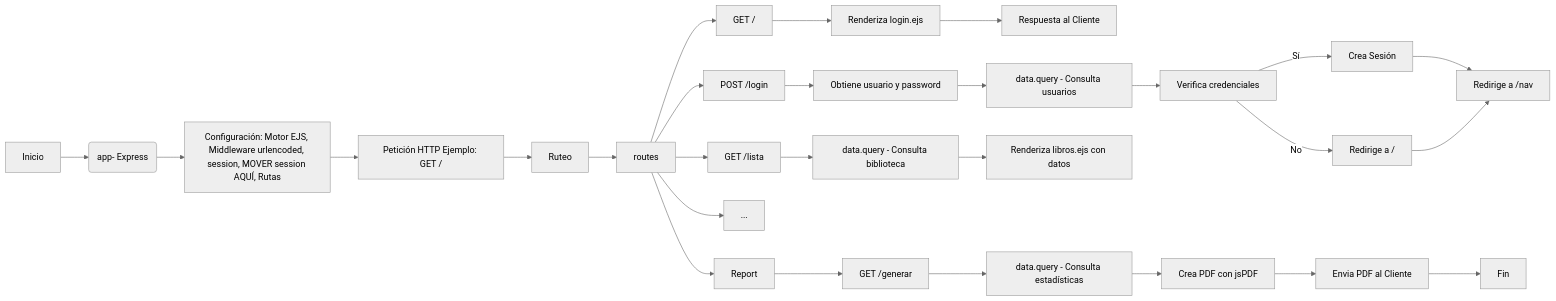
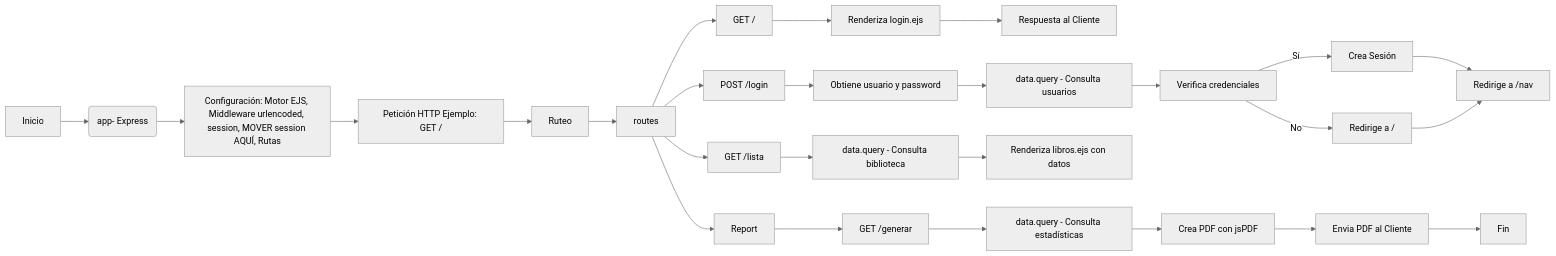
One commit to michaelcele/proyecto changed the diagram in README.md. Above: the diagram before and after it, drawn with Mermaid (neutral theme).

````diff
--- a/README.md
+++ b/README.md
@@ -2,29 +2,28 @@
 ```mermaid
 graph LR
 A[Inicio] --> B(app- Express);
 B --> C[Configuración: Motor EJS, Middleware urlencoded, session, MOVER session AQUÍ, Rutas];
 C --> D[Petición HTTP Ejemplo: GET /];
 D --> E[Ruteo];
 E --> F[routes];
 F --> G[GET /];
 G --> H[Renderiza login.ejs];
 H --> I[Respuesta al Cliente];
 F --> J[POST /login];
 J --> K[Obtiene usuario y password];
 K --> L[data.query - Consulta usuarios];
 L --> M[Verifica credenciales];
 M -- Sí --> N[Crea Sesión];
 M -- No --> O[Redirige a /];
 N --> P[Redirige a /nav];
 O --> P;
 F --> Q[GET /lista];
 Q --> R[data.query - Consulta biblioteca];
 R --> S[Renderiza libros.ejs con datos];
-F --> T[...];
 F --> U[Report];
 U --> V[GET /generar];
 V --> W[data.query - Consulta estadísticas];
 W --> X[Crea PDF con jsPDF];
 X --> Y[Envia PDF al Cliente];
 Y --> Z[Fin];
 ```
````
